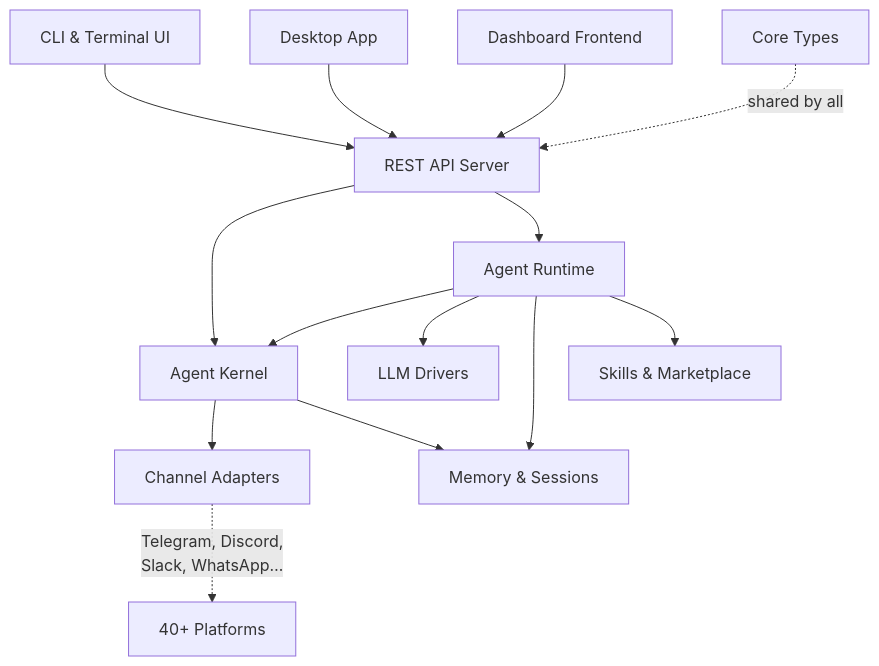
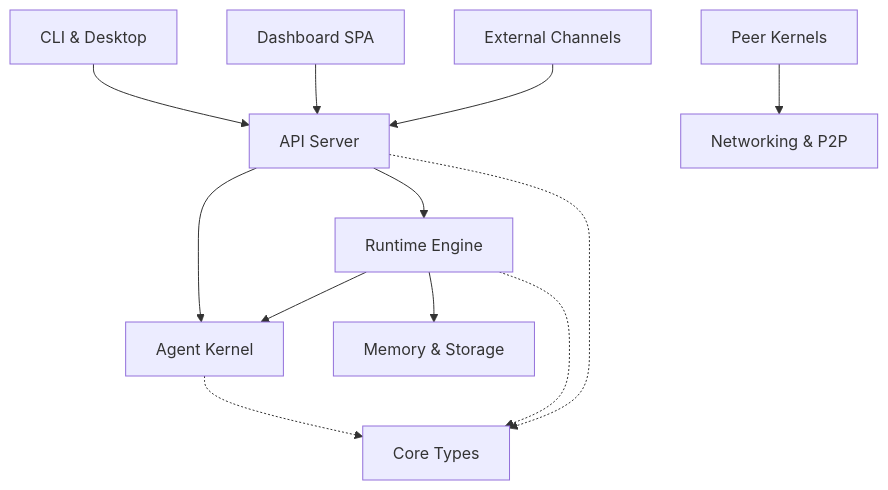
One commit to leszek3737/librefang-WIki changed the diagram in overview.md. Above: the diagram before and after it, drawn with Mermaid. The commit also changed other lines of this file and 98 other files, not shown here.

````diff
--- a/overview.md
+++ b/overview.md
@@ -11,25 +9,26 @@
 ```mermaid
 graph TD
-    CLI["CLI & Terminal UI"]
-    DESK["Desktop App"]
-    DASH["Dashboard Frontend"]
+    CLI[CLI & Desktop]
+    DASH[Dashboard SPA]
+    EXT[External Channels]
+    PEER[Peer Kernels]
 
-    CLI --> API["REST API Server"]
-    DESK --> API
+    API[API Server]
+    KERNEL[Agent Kernel]
+    RUNTIME[Runtime Engine]
+    MEMORY[Memory & Storage]
+
+    CLI --> API
     DASH --> API
+    EXT --> API
+    PEER --> WIRE[Networking & P2P]
 
-    API --> KERNEL["Agent Kernel"]
-    API --> RUNTIME["Agent Runtime"]
+    API --> KERNEL
+    API --> RUNTIME
+    RUNTIME --> KERNEL
+    RUNTIME --> MEMORY
 
-    RUNTIME --> KERNEL
-    RUNTIME --> LLM["LLM Drivers"]
-    RUNTIME --> MEMORY["Memory & Sessions"]
-    RUNTIME --> SKILLS["Skills & Marketplace"]
-
-    KERNEL --> CHANNELS["Channel Adapters"]
-    KERNEL --> MEMORY
-
-    CHANNELS -.->|"Telegram, Discord,<br/>Slack, WhatsApp…"| EXT["40+ Platforms"]
-
-    TYPES["Core Types"] -.->|"shared by all"| API
+    KERNEL -.-> TYPES[Core Types]
+    RUNTIME -.-> TYPES
+    API -.-> TYPES
 ```
````
